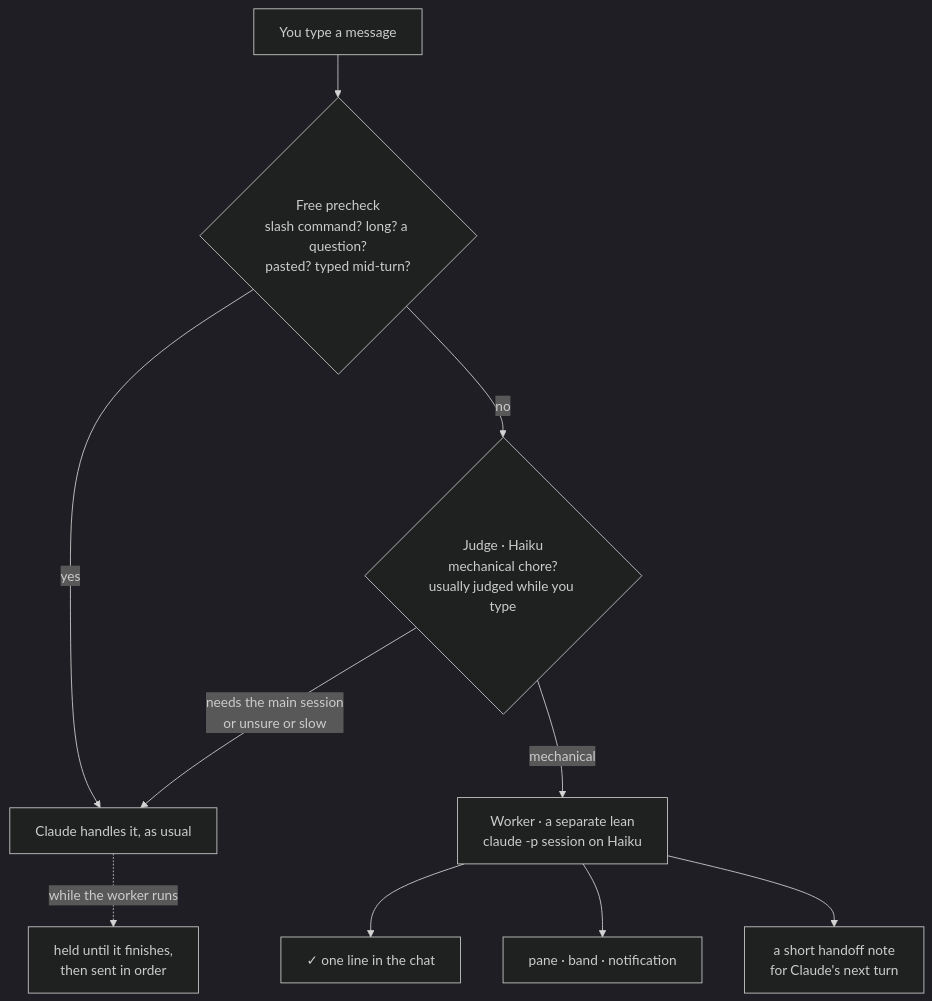
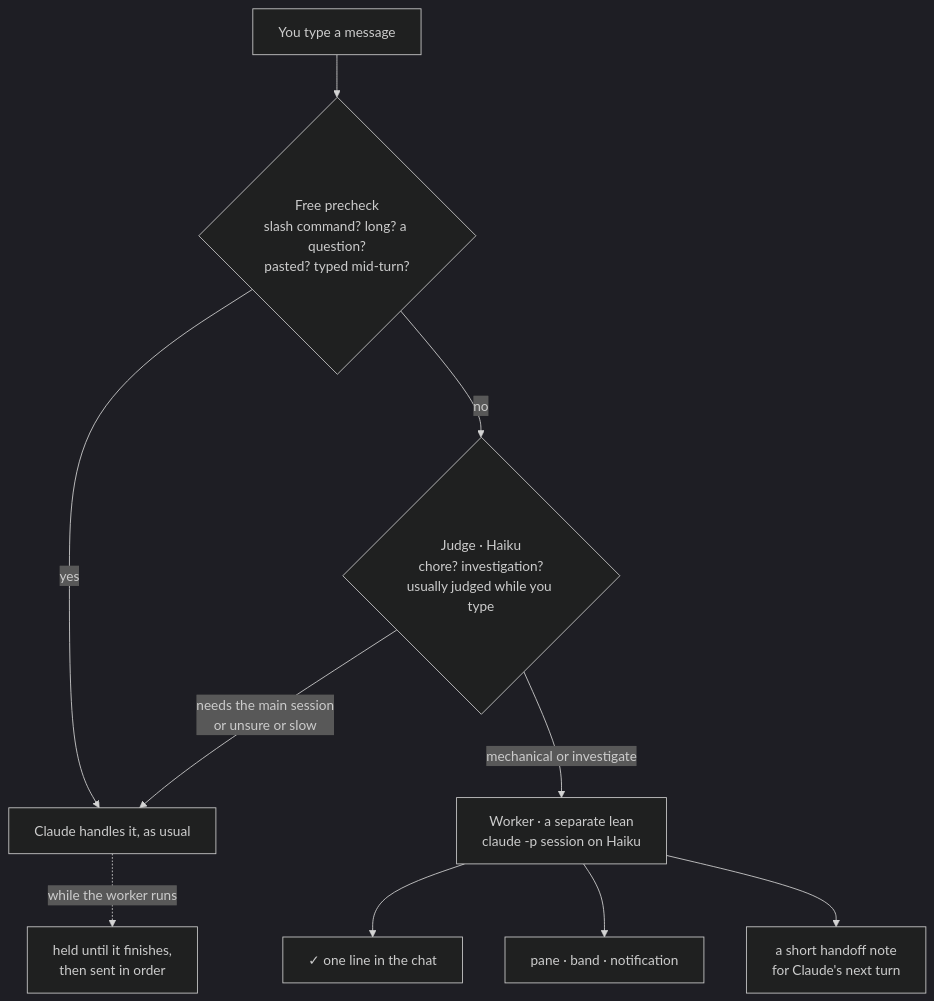
One commit to DMokong/claude-plugins changed the diagram in plugins/sidekick/README.md. Above: the diagram before and after it, drawn with Mermaid (dark theme). The commit also changed other lines of this file and 7 other files, not shown here.

````diff
--- a/plugins/sidekick/README.md
+++ b/plugins/sidekick/README.md
@@ -121,12 +129,12 @@
 ```mermaid
 flowchart TD
     A[You type a message] --> B{Free precheck<br/>slash command? long? a question?<br/>pasted? typed mid-turn?}
     B -- yes --> M[Claude handles it, as usual]
-    B -- no --> J{Judge · Haiku<br/>mechanical chore?<br/>usually judged while you type}
+    B -- no --> J{Judge · Haiku<br/>chore? investigation?<br/>usually judged while you type}
     J -- needs the main session<br/>or unsure or slow --> M
-    J -- mechanical --> W[Worker · a separate lean<br/>claude -p session on Haiku]
+    J -- mechanical or investigate --> W[Worker · a separate lean<br/>claude -p session on Haiku]
     W --> R1[✓ one line in the chat]
     W --> R2[pane · band · notification]
     W --> R3[a short handoff note<br/>for Claude's next turn]
     M -. while the worker runs .-> H[held until it finishes,<br/>then sent in order]
 ```
````
